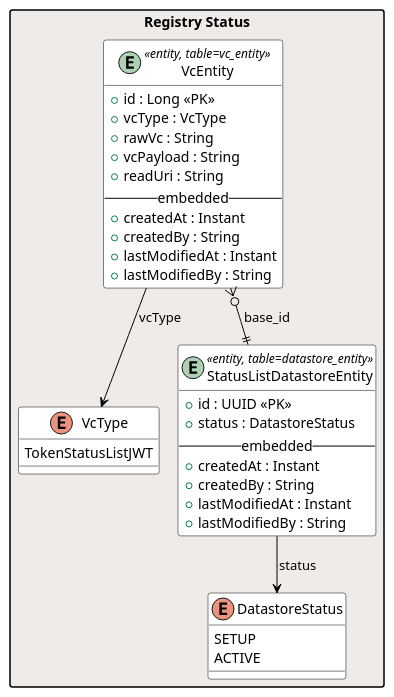
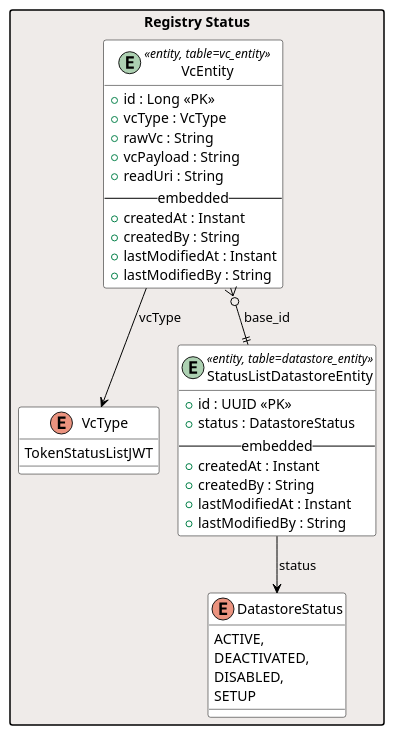
The diagram in docs/models/registry-status-domain-model.puml (swiyu-admin-ch/swiyu-core-business-service), drawn with PlantUML before and after one commit. The commit also changed 65 other files, not shown here.

```diff
--- a/docs/models/registry-status-domain-model.puml
+++ b/docs/models/registry-status-domain-model.puml
@@ -1,49 +1,51 @@
 @startuml registry-status
 
 !pragma layout smetana
 
 skinparam ClassBackgroundColor White
 skinparam ClassBorderColor Black
 skinparam ArrowColor Black
 skinparam packageStyle rectangle
 
 package "Registry Status" #EFEBE9 {
 
     enum DatastoreStatus {
+        ACTIVE,
+        DEACTIVATED,
+        DISABLED,
         SETUP
-        ACTIVE
     }
 
     enum VcType {
         TokenStatusListJWT
     }
 
     entity StatusListDatastoreEntity <<entity, table=datastore_entity>> {
         + id : UUID <<PK>>
         + status : DatastoreStatus
         -- embedded --
         + createdAt : Instant
         + createdBy : String
         + lastModifiedAt : Instant
         + lastModifiedBy : String
     }
 
     entity VcEntity <<entity, table=vc_entity>> {
         + id : Long <<PK>>
         + vcType : VcType
         + rawVc : String
         + vcPayload : String
         + readUri : String
         -- embedded --
         + createdAt : Instant
         + createdBy : String
         + lastModifiedAt : Instant
         + lastModifiedBy : String
     }
 
     VcEntity }o--|| StatusListDatastoreEntity : "base_id"
     StatusListDatastoreEntity --> DatastoreStatus : status
     VcEntity --> VcType : vcType
 }
 
 @enduml
```
